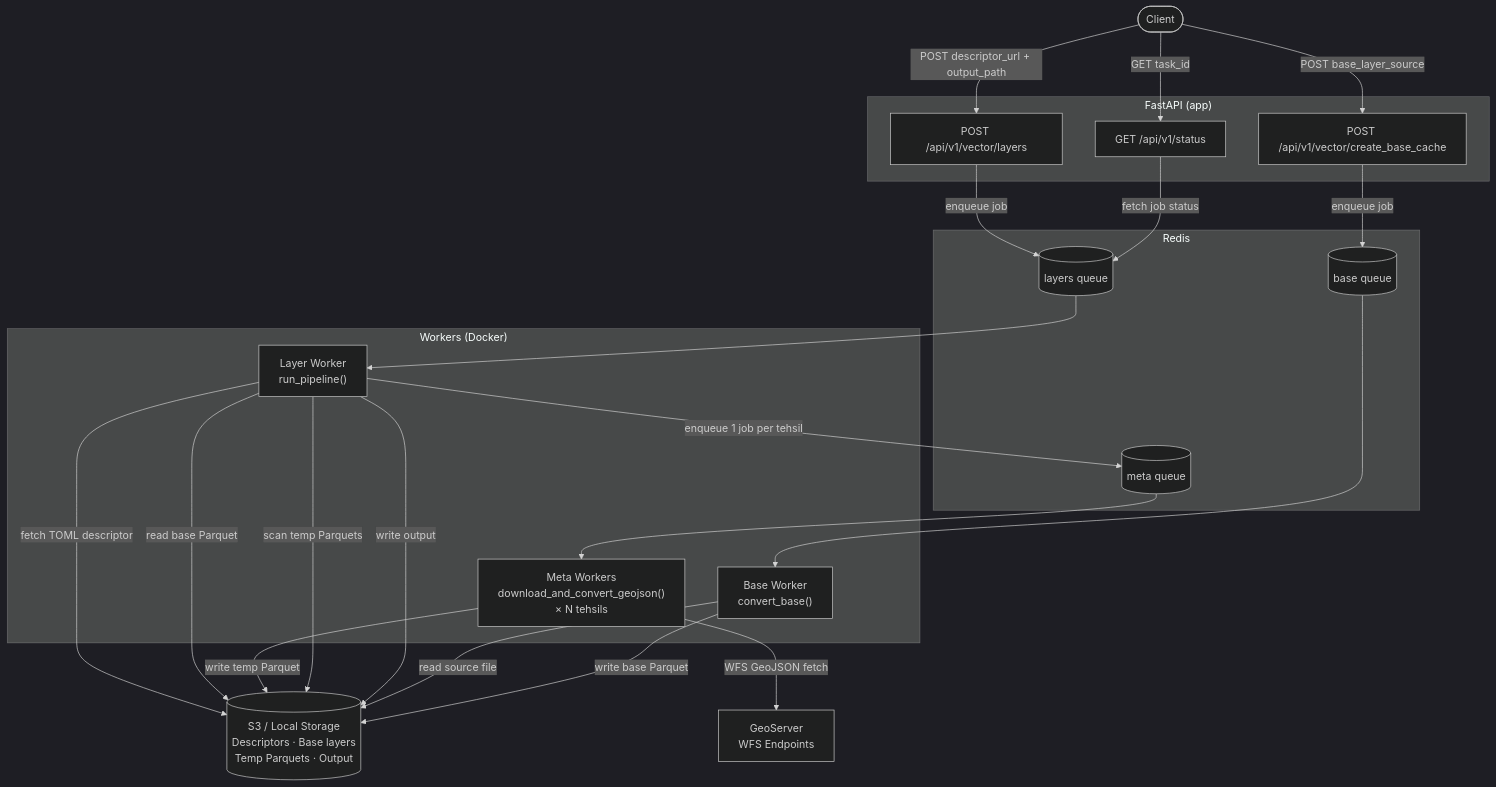
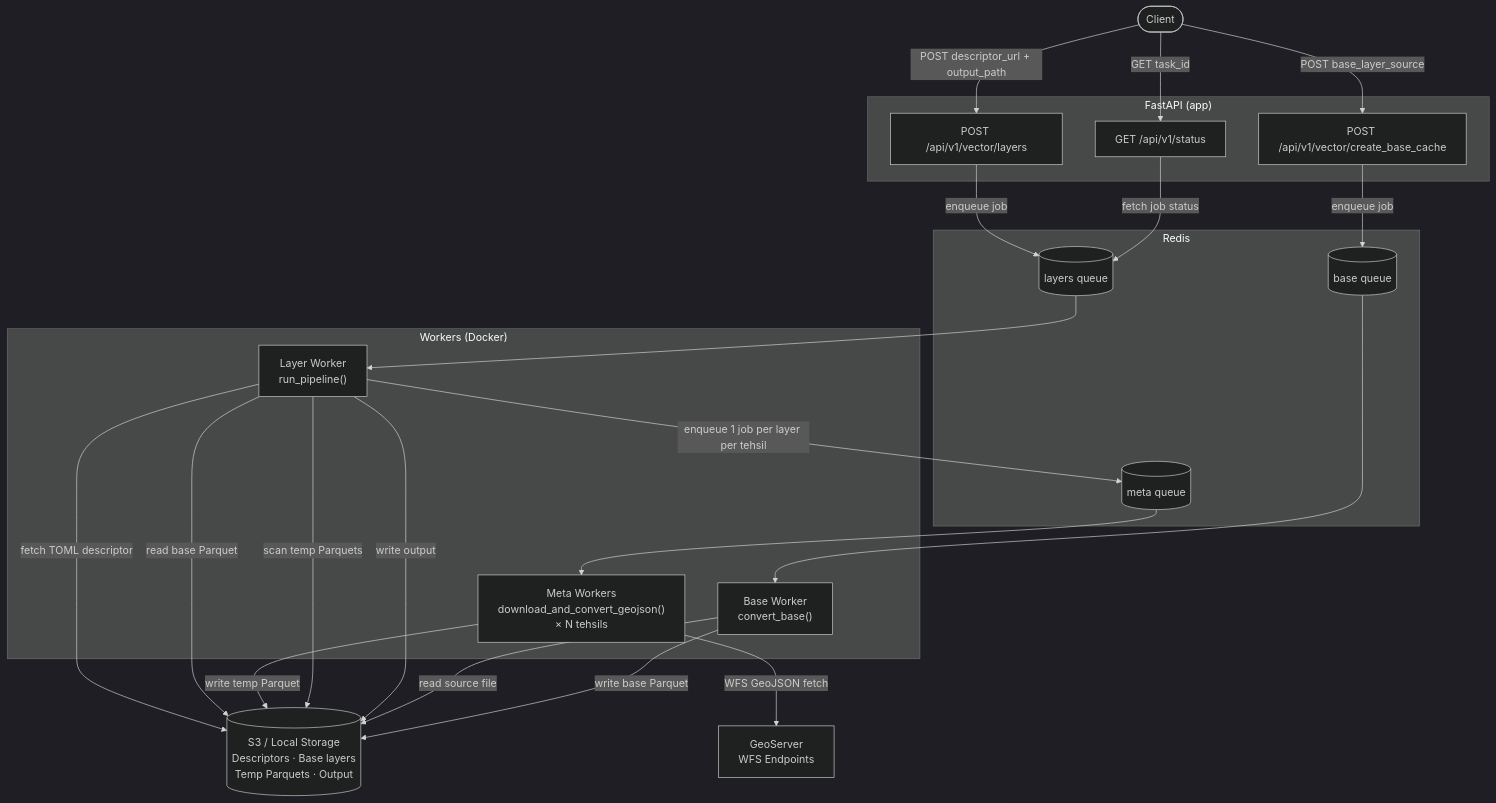
Before and after one commit to ApoorvaKashyap/cs-geodata: the diagram in docs/source/architecture.md, drawn with Mermaid (dark theme). The commit also changed other lines of this file and 3 other files, not shown here.

````diff
--- a/docs/source/architecture.md
+++ b/docs/source/architecture.md
@@ -23,48 +23,48 @@
 ```{mermaid}
 graph TB
     Client(["Client"])
 
     subgraph API ["FastAPI (app)"]
         EP_layers["POST /api/v1/vector/layers"]
         EP_base["POST /api/v1/vector/create_base_cache"]
         EP_status["GET /api/v1/status"]
     end
 
     subgraph Redis ["Redis"]
         Q_layers[("layers queue")]
         Q_base[("base queue")]
         Q_meta[("meta queue")]
     end
 
     subgraph Workers ["Workers (Docker)"]
         W_layers["Layer Worker<br/>run_pipeline()"]
         W_base["Base Worker<br/>convert_base()"]
         W_meta["Meta Workers<br/>download_and_convert_geojson()<br/>× N tehsils"]
     end
 
     Storage[("S3 / Local Storage<br/>Descriptors · Base layers<br/>Temp Parquets · Output")]
     GeoServer["GeoServer<br/>WFS Endpoints"]
 
     Client -->|"POST descriptor_url + output_path"| EP_layers
     Client -->|"POST base_layer_source"| EP_base
     Client -->|"GET task_id"| EP_status
 
     EP_layers -->|"enqueue job"| Q_layers
     EP_base -->|"enqueue job"| Q_base
     EP_status -->|"fetch job status"| Q_layers
 
     Q_layers --> W_layers
     Q_base --> W_base
 
     W_layers -->|"fetch TOML descriptor"| Storage
     W_layers -->|"read base Parquet"| Storage
-    W_layers -->|"enqueue 1 job per tehsil"| Q_meta
+    W_layers -->|"enqueue 1 job per layer per tehsil"| Q_meta
     Q_meta --> W_meta
     W_meta -->|"WFS GeoJSON fetch"| GeoServer
     W_meta -->|"write temp Parquet"| Storage
     W_layers -->|"scan temp Parquets"| Storage
     W_layers -->|"write output"| Storage
 
     W_base -->|"read source file"| Storage
     W_base -->|"write base Parquet"| Storage
 ```
````
